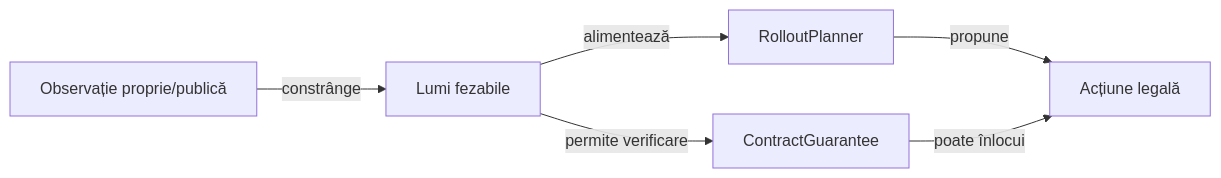
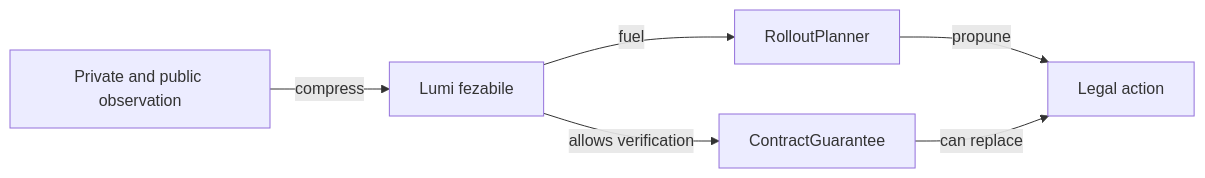
Before and after one commit to crististefanita/atf_j4: the diagram in whist-lab-app/ai-lab/README.md, drawn with Mermaid. The commit also changed other lines of this file and 122 other files, not shown here.

````diff
--- a/whist-lab-app/ai-lab/README.md
+++ b/whist-lab-app/ai-lab/README.md
@@ -31,8 +31,8 @@
 ```mermaid
 flowchart LR
-OBS[Observație proprie/publică] -->|constrânge| WORLDS[Lumi fezabile]
-WORLDS -->|alimentează| PLAN[RolloutPlanner]
-PLAN -->|propune| MOVE[Acțiune legală]
-WORLDS -->|permite verificare| CERT[ContractGuarantee]
-CERT -->|poate înlocui| MOVE
+OBS[Private and public observation] -->|compress| WORLDS[Lumi fezabile]
+WORLDS -->|fuel| PLAN[RolloutPlanner]
+PLAN -->|propune| MOVE[Legal action]
+WORLDS -->|allows verification| CERT[ContractGuarantee]
+CERT -->|can replace| MOVE
 ```
````
